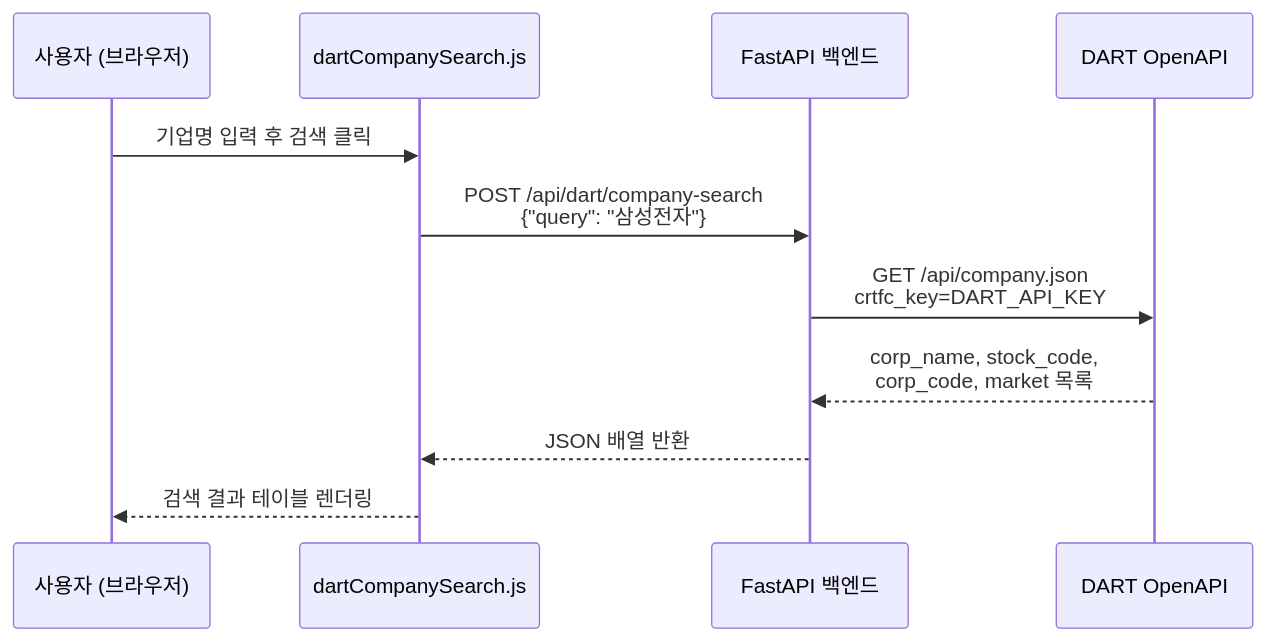
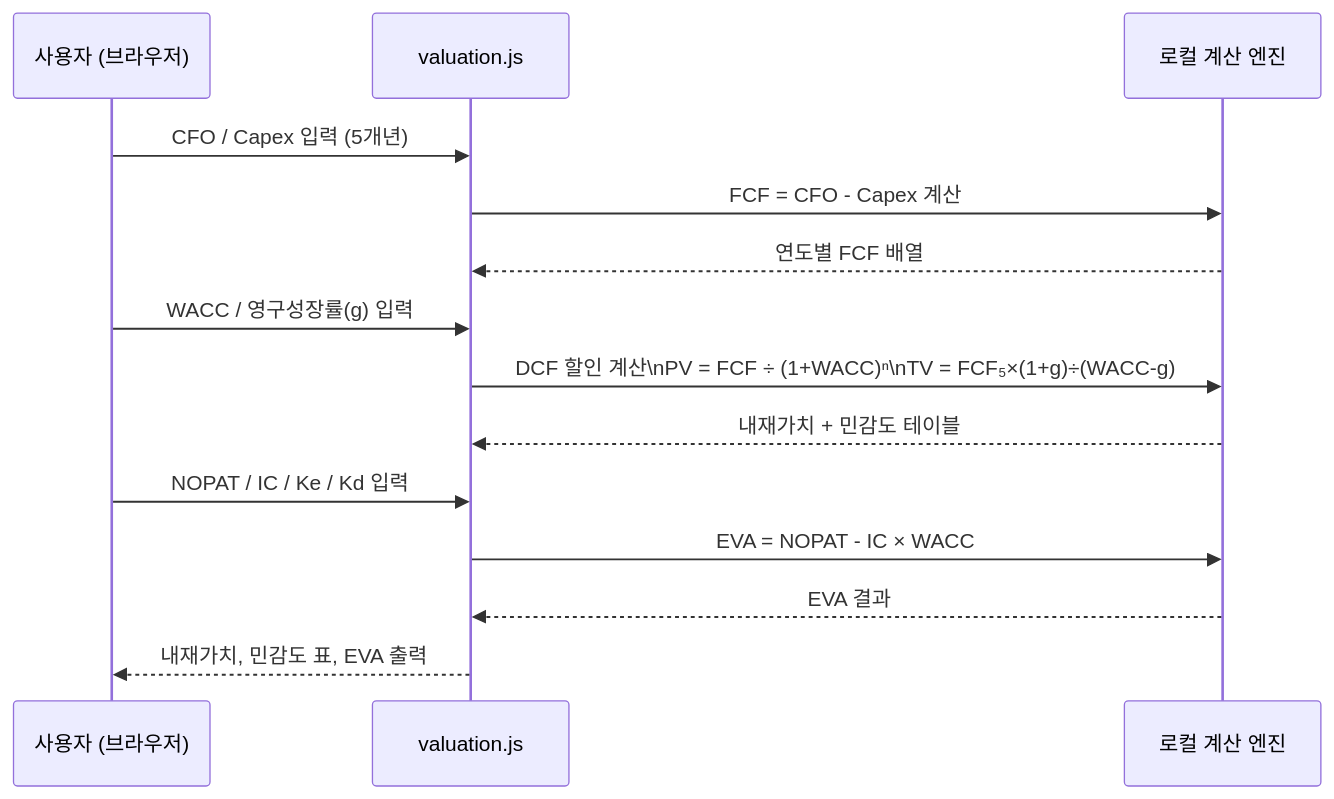
One commit to edumgt/python-quant changed the seventh of 9 diagrams in docs/07.md. Above: the diagram before and after it, drawn with Mermaid. The commit also changed other lines of this file and 36 other files, not shown here.

````diff
--- a/docs/07.md
+++ b/docs/07.md
@@ -1304,14 +988,20 @@
 ```mermaid
 sequenceDiagram
     participant U as 사용자 (브라우저)
-    participant F as dartCompanySearch.js
-    participant B as FastAPI 백엔드
-    participant D as DART OpenAPI
+    participant V as valuation.js
+    participant L as 로컬 계산 엔진
 
-    U->>F: 기업명 입력 후 검색 클릭
-    F->>B: POST /api/dart/company-search<br/>{"query": "삼성전자"}
-    B->>D: GET /api/company.json<br/>crtfc_key=DART_API_KEY
-    D-->>B: corp_name, stock_code,<br/>corp_code, market 목록
-    B-->>F: JSON 배열 반환
-    F-->>U: 검색 결과 테이블 렌더링
+    U->>V: CFO / Capex 입력 (5개년)
+    V->>L: FCF = CFO - Capex 계산
+    L-->>V: 연도별 FCF 배열
+
+    U->>V: WACC / 영구성장률(g) 입력
+    V->>L: DCF 할인 계산\nPV = FCF ÷ (1+WACC)ⁿ\nTV = FCF₅×(1+g)÷(WACC-g)
+    L-->>V: 내재가치 + 민감도 테이블
+
+    U->>V: NOPAT / IC / Ke / Kd 입력
+    V->>L: EVA = NOPAT - IC × WACC
+    L-->>V: EVA 결과
+
+    V-->>U: 내재가치, 민감도 표, EVA 출력
 ```
````
